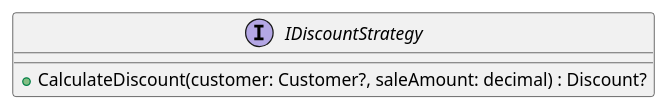
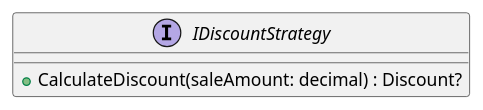
The diagram in docs/WebApi/classes/IDiscountStrategy.puml (rogerrocaarano/DesignPatternsDemo), drawn with PlantUML before and after one commit. The commit also changed 93 other files, not shown here.

First line of the commit message:
Refactor: migrate Sales to Use Case pattern and adopt layered architecture

```diff
--- a/docs/WebApi/classes/IDiscountStrategy.puml
+++ b/docs/WebApi/classes/IDiscountStrategy.puml
@@ -1,7 +1,7 @@
 @startuml IDiscountStrategy
 
 interface IDiscountStrategy {
-    +CalculateDiscount(customer: Customer?, saleAmount: decimal) : Discount?
+    +CalculateDiscount(saleAmount: decimal) : Discount?
 }
 
 @enduml
```
